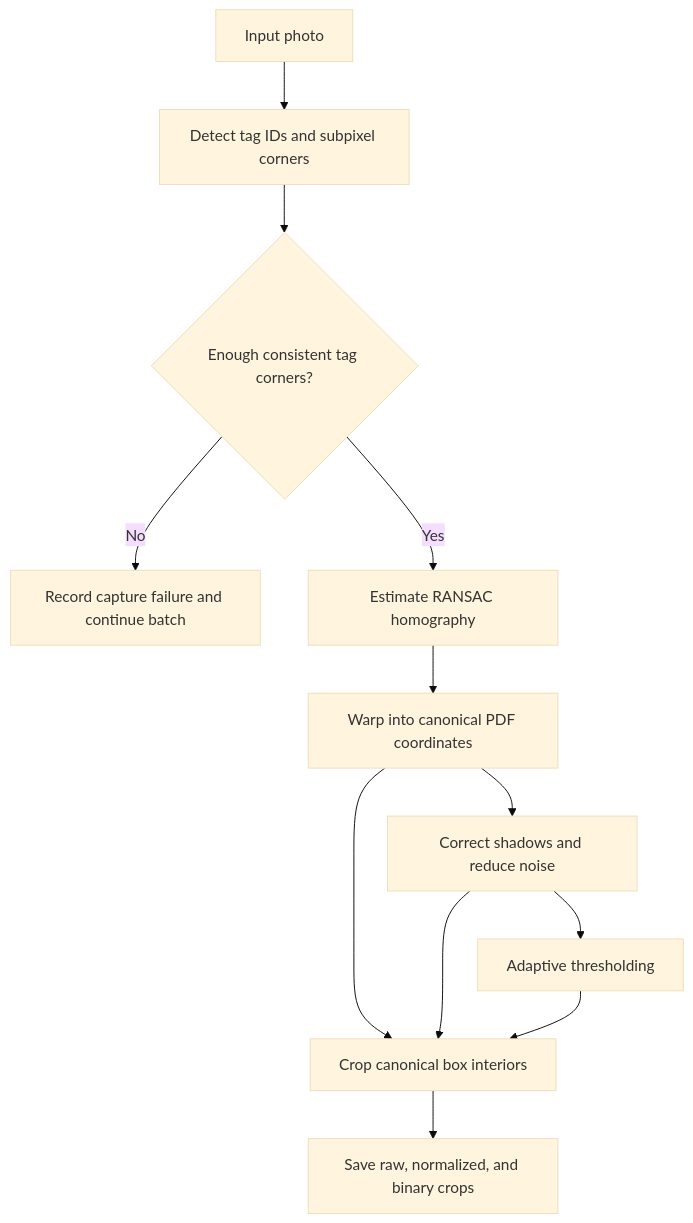
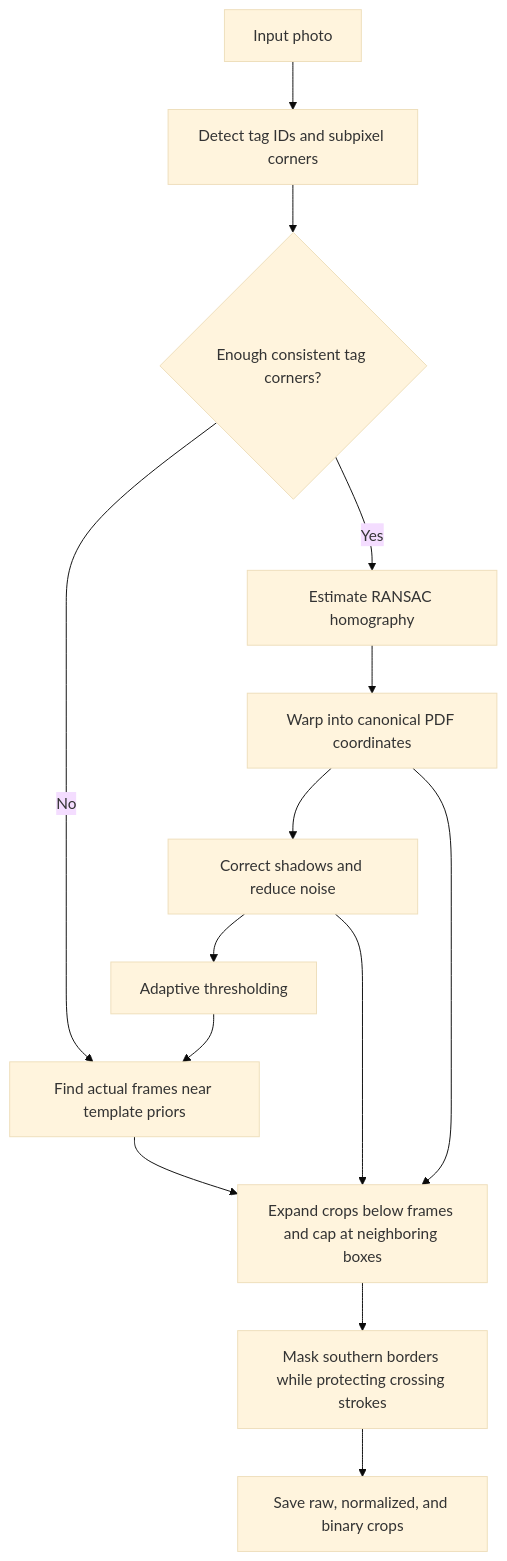
Before and after one commit to anhquan-dao/math-quiz-auto-grader: the second of 2 diagrams in README.md, drawn with Mermaid (base theme). The commit also changed other lines of this file and 7 other files, not shown here.

Commit message:
Refine photographed answer frames and preserve southern descenders

````diff
--- a/README.md
+++ b/README.md
@@ -252,14 +258,16 @@
 ```mermaid
 flowchart TD
     I[Input photo] --> D[Detect tag IDs and subpixel corners]
     D --> V{Enough consistent tag corners?}
     V -->|No| F[Record capture failure and continue batch]
     V -->|Yes| R[Estimate RANSAC homography]
     R --> W[Warp into canonical PDF coordinates]
     W --> N[Correct shadows and reduce noise]
     N --> B[Adaptive thresholding]
-    W --> C[Crop canonical box interiors]
+    B --> F[Find actual frames near template priors]
+    F --> C[Expand crops below frames and cap at neighboring boxes]
+    W --> C
     N --> C
-    B --> C
-    C --> S[Save raw, normalized, and binary crops]
+    C --> M[Mask southern borders while protecting crossing strokes]
+    M --> S[Save raw, normalized, and binary crops]
 ```
````
